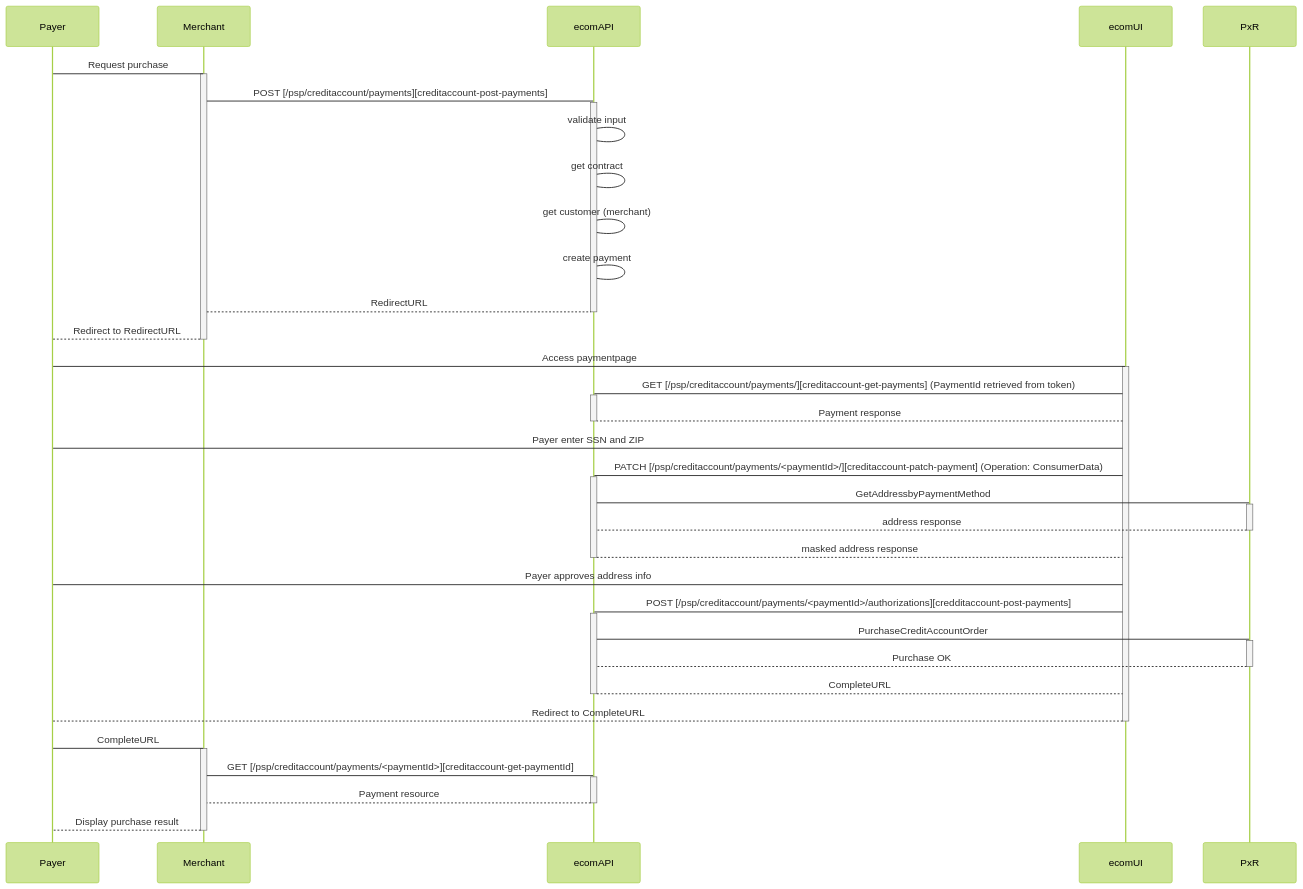
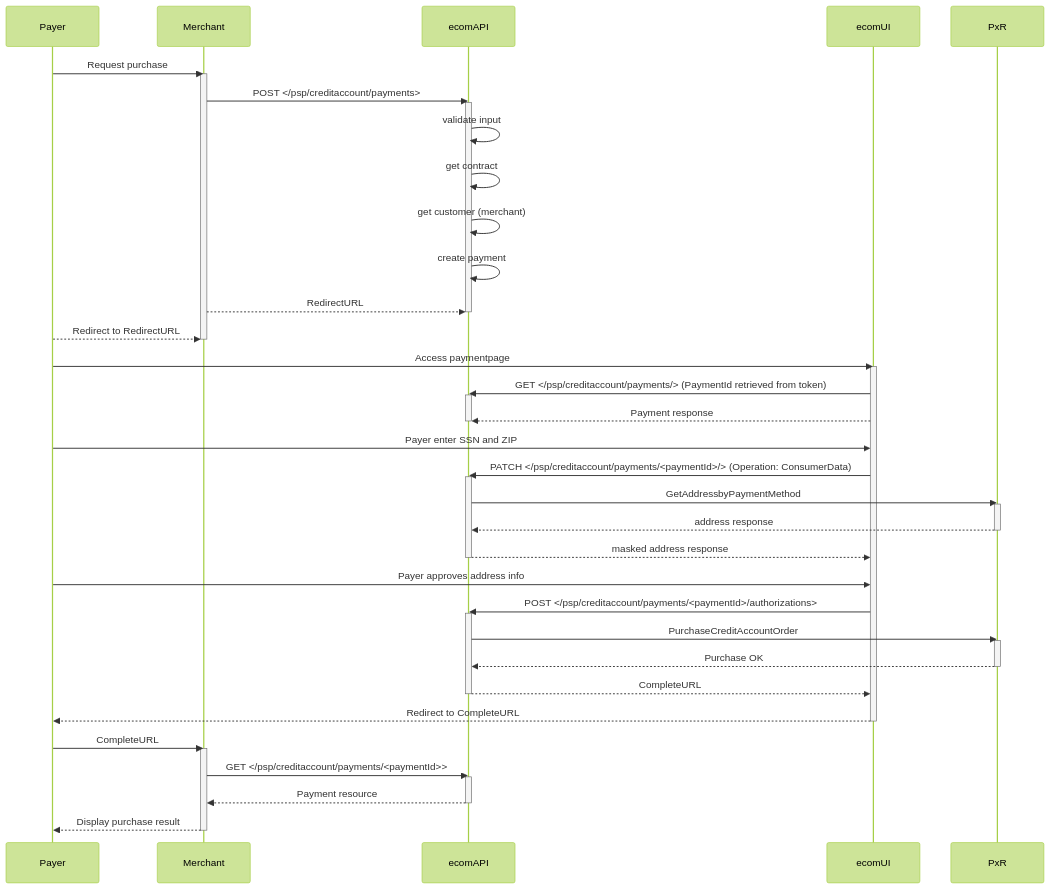
One commit to SwedbankPay/developer.swedbankpay.com changed the second of 2 diagrams in payments/credit-account/index.md. Above: the diagram before and after it, drawn with Mermaid (forest theme). The commit also changed other lines of this file and 2 other files, not shown here.

Commit message:
DX-258 Credit account section

````diff
--- a/payments/credit-account/index.md
+++ b/payments/credit-account/index.md
@@ -115,56 +120,56 @@
 ```mermaid
 sequenceDiagram
-  Payer -> Merchant: Request purchase
+  Payer ->> Merchant: Request purchase
   activate Merchant
-  Merchant -> ecomAPI: POST [/psp/creditaccount/payments][creditaccount-post-payments]
+  Merchant ->> ecomAPI: POST </psp/creditaccount/payments>
   activate ecomAPI
-      ecomAPI -> ecomAPI: validate input
-      ecomAPI -> ecomAPI: get contract
-      ecomAPI -> ecomAPI: get customer (merchant)
-      ecomAPI -> ecomAPI: create payment
-      Merchant --> ecomAPI: RedirectURL
+      ecomAPI ->> ecomAPI: validate input
+      ecomAPI ->> ecomAPI: get contract
+      ecomAPI ->> ecomAPI: get customer (merchant)
+      ecomAPI ->> ecomAPI: create payment
+      Merchant -->> ecomAPI: RedirectURL
   deactivate ecomAPI
-  Payer --> Merchant: Redirect to RedirectURL
+  Payer -->> Merchant: Redirect to RedirectURL
   deactivate Merchant
 
 
-  Payer -> ecomUI: Access paymentpage
+  Payer ->> ecomUI: Access paymentpage
       activate ecomUI
-      ecomUI -> ecomAPI: GET [/psp/creditaccount/payments/][creditaccount-get-payments] (PaymentId retrieved from token)
+      ecomUI ->> ecomAPI: GET </psp/creditaccount/payments/> (PaymentId retrieved from token)
       activate ecomAPI
-      ecomUI --> ecomAPI: Payment response
+      ecomUI -->> ecomAPI: Payment response
       deactivate ecomAPI
 
-      Payer -> ecomUI: Payer enter SSN and ZIP
+      Payer ->> ecomUI: Payer enter SSN and ZIP
 
-      ecomUI -> ecomAPI: PATCH [/psp/creditaccount/payments/<paymentId>/][creditaccount-patch-payment] (Operation: ConsumerData)
+      ecomUI ->> ecomAPI: PATCH </psp/creditaccount/payments/<paymentId>/> (Operation: ConsumerData)
       activate ecomAPI
-      ecomAPI -> PxR: GetAddressbyPaymentMethod
+      ecomAPI ->> PxR: GetAddressbyPaymentMethod
       activate PxR
-      PxR --> ecomAPI: address response
+      PxR -->> ecomAPI: address response
       deactivate PxR
-      ecomAPI --> ecomUI: masked address response
+      ecomAPI -->> ecomUI: masked address response
       deactivate ecomAPI
 
-      Payer -> ecomUI: Payer approves address info
+      Payer ->> ecomUI: Payer approves address info
 
-      ecomUI -> ecomAPI:  POST [/psp/creditaccount/payments/<paymentId>/authorizations][credditaccount-post-payments]
+      ecomUI ->> ecomAPI:  POST </psp/creditaccount/payments/<paymentId>/authorizations>
       activate ecomAPI
-      ecomAPI -> PxR: PurchaseCreditAccountOrder
+      ecomAPI ->> PxR: PurchaseCreditAccountOrder
           activate PxR
-          PxR --> ecomAPI: Purchase OK
+          PxR -->> ecomAPI: Purchase OK
           deactivate PxR
-      ecomAPI --> ecomUI: CompleteURL
+      ecomAPI -->> ecomUI: CompleteURL
       deactivate ecomAPI
-      ecomUI --> Payer: Redirect to CompleteURL
+      ecomUI -->> Payer: Redirect to CompleteURL
       deactivate ecomUI
-  Payer -> Merchant: CompleteURL
+  Payer ->> Merchant: CompleteURL
 
   activate Merchant
-  Merchant -> ecomAPI: GET [/psp/creditaccount/payments/<paymentId>][creditaccount-get-paymentId]
+  Merchant ->> ecomAPI: GET </psp/creditaccount/payments/<paymentId>>
   activate ecomAPI
-  ecomAPI --> Merchant: Payment resource
+  ecomAPI -->> Merchant: Payment resource
   deactivate ecomAPI
-  Merchant --> Payer: Display purchase result
+  Merchant -->> Payer: Display purchase result
   deactivate Merchant
 ```
````
